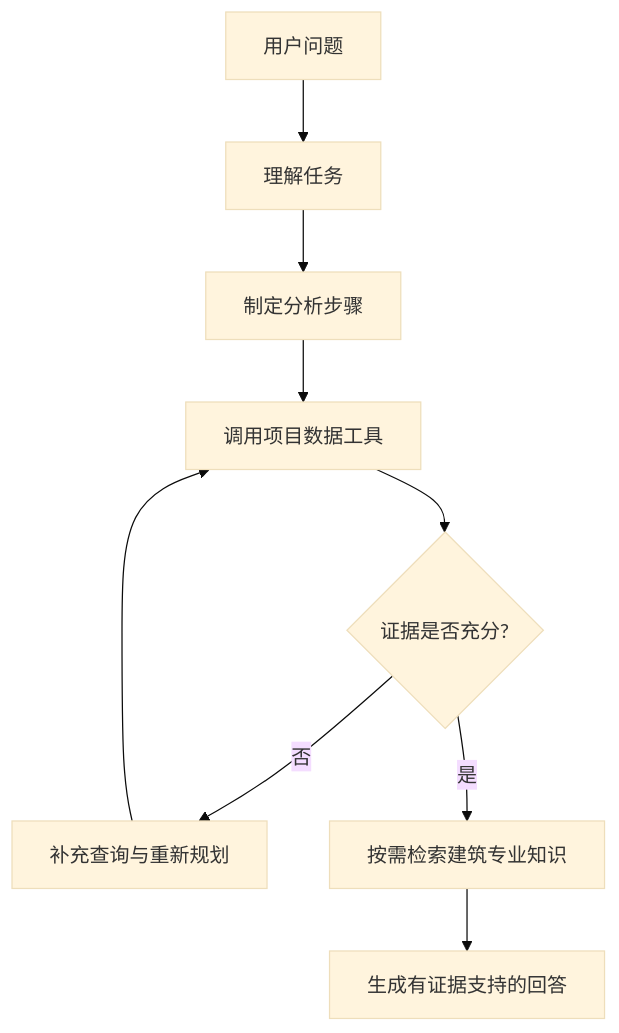
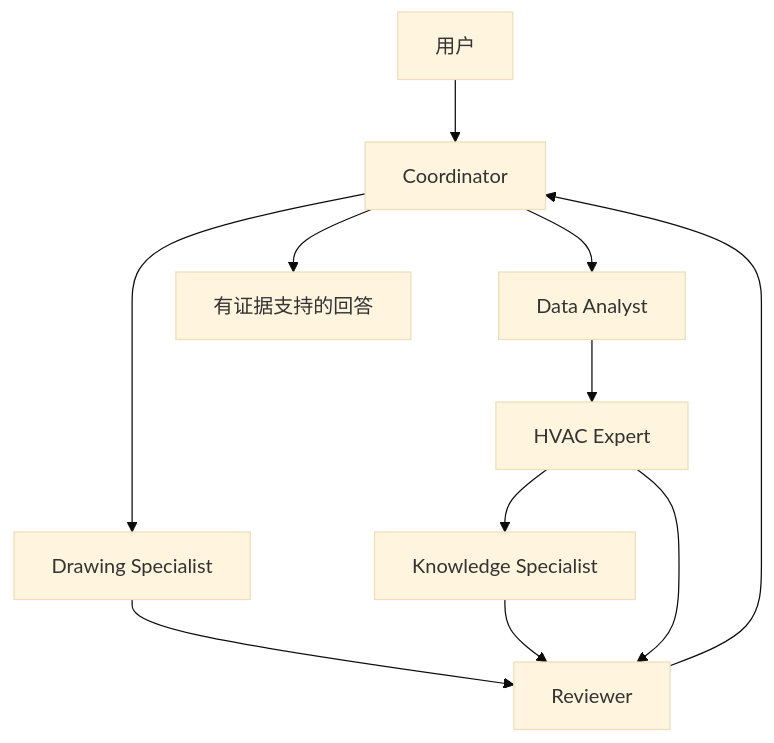
One commit to KaedeharaT/hvac-ai-analyzer changed the second of 3 diagrams in README_zh.md. Above: the diagram before and after it, drawn with Mermaid (base theme). The commit also changed other lines of this file and 10 other files, not shown here.

````diff
--- a/README_zh.md
+++ b/README_zh.md
@@ -104,11 +115,13 @@
 ```mermaid
 flowchart TD
-    Q[用户问题] --> U[理解任务]
-    U --> P[制定分析步骤]
-    P --> T[调用项目数据工具]
-    T --> E{证据是否充分?}
-    E -- 否 --> R[补充查询与重新规划]
-    R --> T
-    E -- 是 --> K[按需检索建筑专业知识]
-    K --> A[生成有证据支持的回答]
+    U[用户] --> C[Coordinator]
+    C --> D[Data Analyst]
+    C --> W[Drawing Specialist]
+    D --> H[HVAC Expert]
+    H --> K[Knowledge Specialist]
+    W --> R[Reviewer]
+    K --> R
+    H --> R
+    R --> C
+    C --> O[有证据支持的回答]
 ```
````
